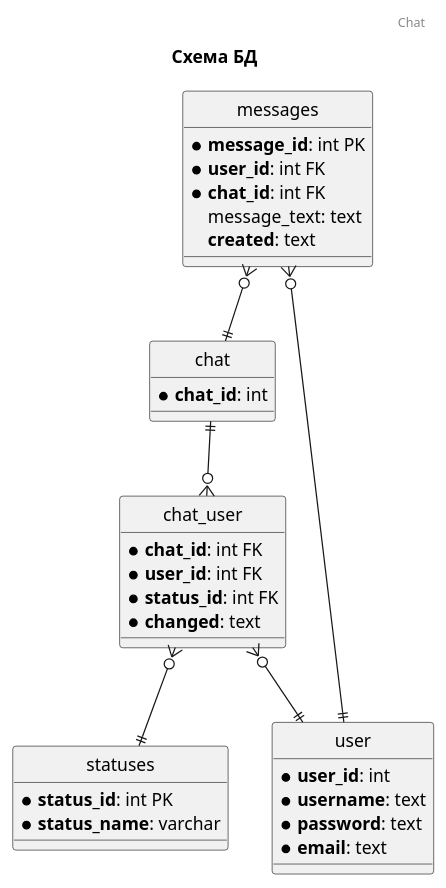
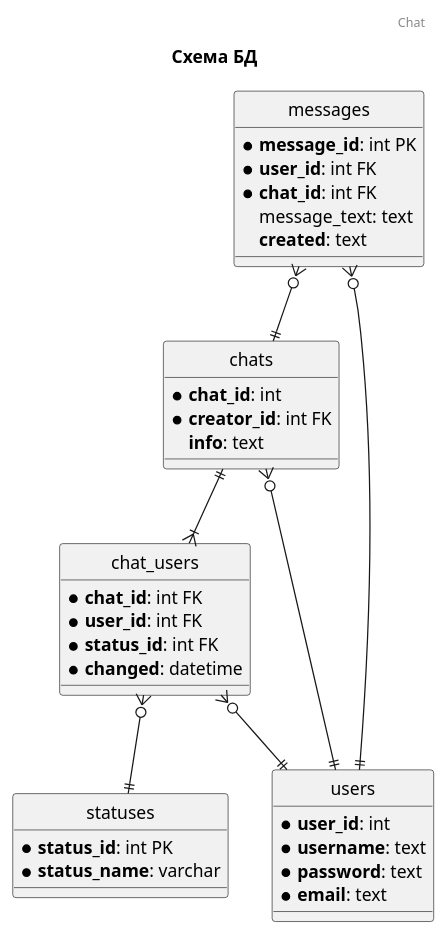
The diagram in docs/db_scheme.puml (Rinsarz/module_1_project), drawn with PlantUML before and after one commit. The commit also changed 18 other files, not shown here.

```diff
--- a/docs/db_scheme.puml
+++ b/docs/db_scheme.puml
@@ -1,51 +1,55 @@
 @startuml
 
 header Chat
 title Схема БД
 
 hide circle
 'skinparam linetype ortho
 
 
 
 
-entity chat{
+entity chats{
     * **chat_id**: int
+    * **creator_id**: int FK
+    **info**: text
+
+
 }
 
-entity user{
+entity users{
     * **user_id**: int
     * **username**: text
     * **password**: text
     * **email**: text
 }
 
-entity chat_user{
+entity chat_users{
     * **chat_id**: int FK
     * **user_id**: int FK
     * **status_id**: int FK
-    * **changed**: text
+    * **changed**: datetime
 }
 
 entity messages{
     * **message_id**: int PK
     * **user_id**: int FK
     * **chat_id**: int FK
     message_text: text
     **created**: text
 }
 
 
 entity statuses{
     * **status_id**: int PK
     * **status_name**: varchar
 
 }
-
-messages }o--|| user
-chat_user }o--|| user
-chat ||--o{ chat_user
-chat_user }o--||statuses
-messages}o--||chat
+chats }o--|| users
+messages }o--|| users
+chat_users }o--|| users
+chats ||--|{ chat_users
+chat_users }o--||statuses
+messages }o--||chats
 
 @enduml
```
